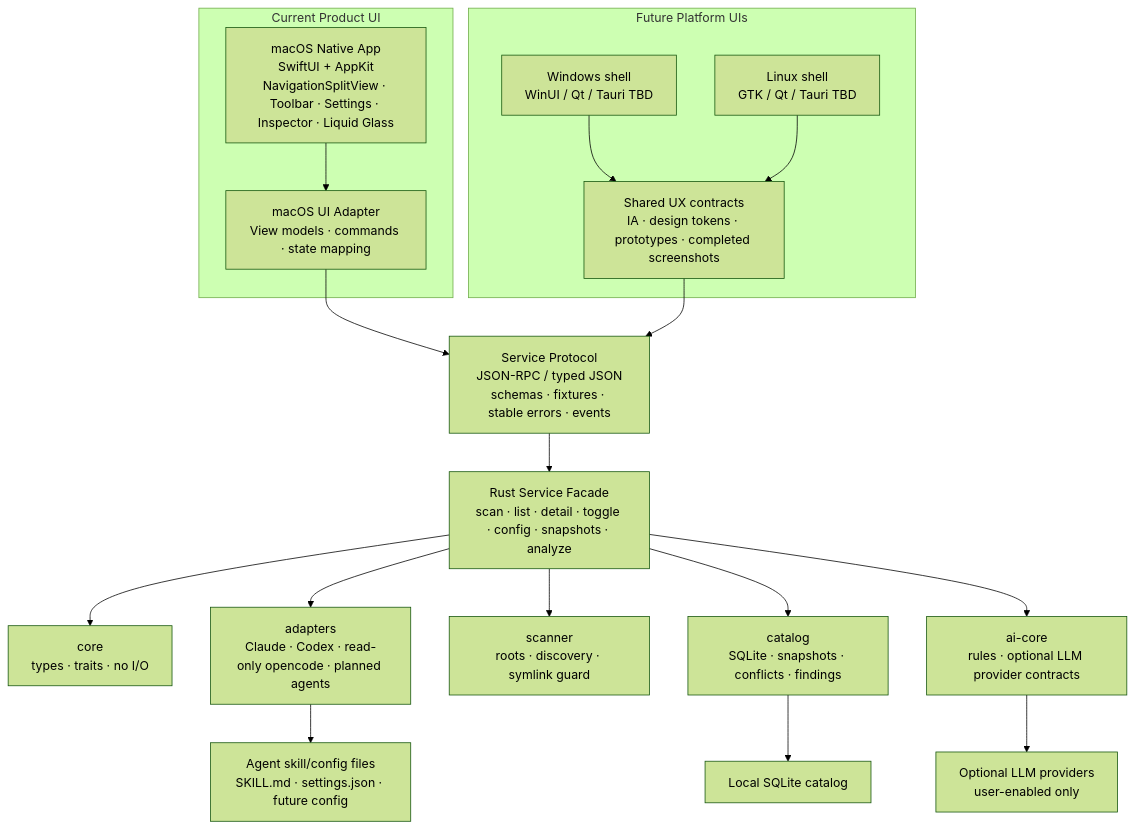
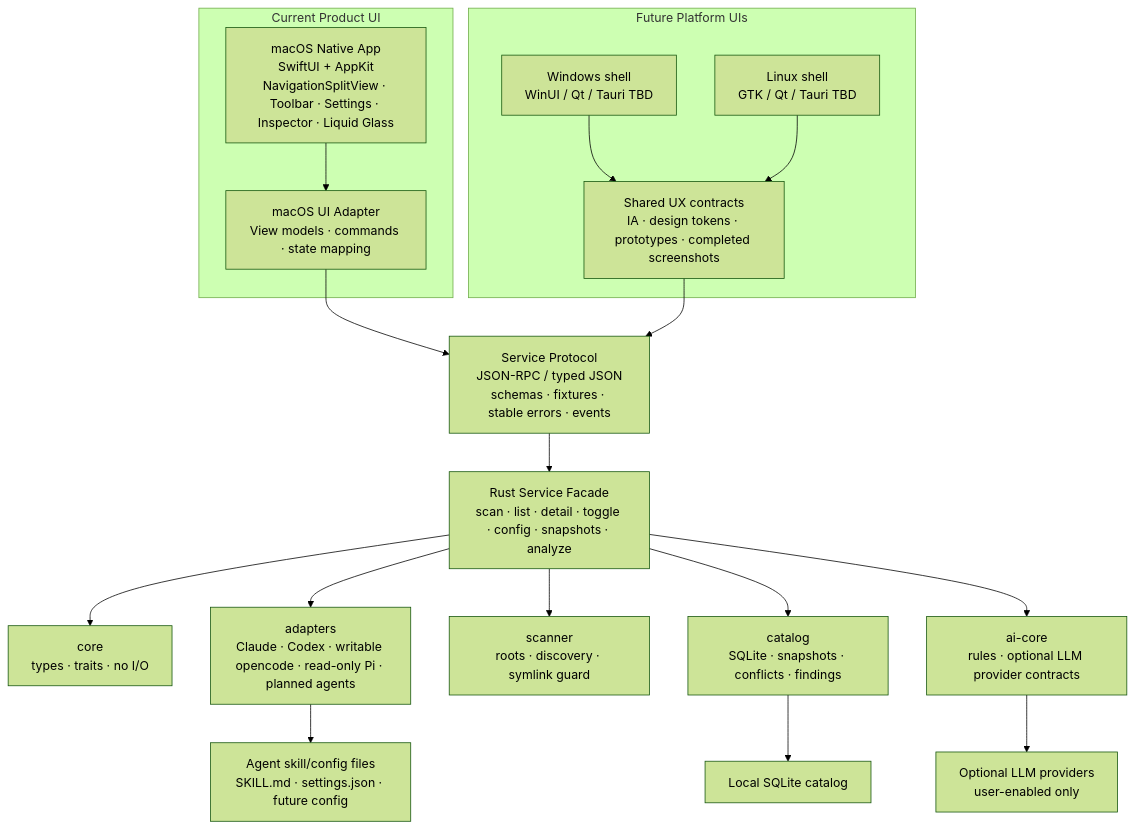
One commit to xjxtree/agent-copilot changed the diagram in docs/architecture.md. Above: the diagram before and after it, drawn with Mermaid (forest theme). The commit also changed other lines of this file and 15 other files, not shown here.

````diff
--- a/docs/architecture.md
+++ b/docs/architecture.md
@@ -41,31 +41,31 @@
 ```mermaid
 flowchart TD
   subgraph ProductUI["Current Product UI"]
     MacApp["macOS Native App<br/>SwiftUI + AppKit<br/>NavigationSplitView · Toolbar · Settings · Inspector · Liquid Glass"]
     MacVM["macOS UI Adapter<br/>View models · commands · state mapping"]
     MacApp --> MacVM
   end
 
   subgraph FutureUI["Future Platform UIs"]
     WinUI["Windows shell<br/>WinUI / Qt / Tauri TBD"]
     LinuxUI["Linux shell<br/>GTK / Qt / Tauri TBD"]
     SharedUX["Shared UX contracts<br/>IA · design tokens · prototypes · completed screenshots"]
     WinUI --> SharedUX
     LinuxUI --> SharedUX
   end
 
   MacVM --> Protocol["Service Protocol<br/>JSON-RPC / typed JSON<br/>schemas · fixtures · stable errors · events"]
   SharedUX --> Protocol
 
   Protocol --> Service["Rust Service Facade<br/>scan · list · detail · toggle · config · snapshots · analyze"]
 
   Service --> Core["core<br/>types · traits · no I/O"]
-  Service --> Adapters["adapters<br/>Claude · Codex · read-only opencode · planned agents"]
+  Service --> Adapters["adapters<br/>Claude · Codex · writable opencode · read-only Pi · planned agents"]
   Service --> Scanner["scanner<br/>roots · discovery · symlink guard"]
   Service --> Catalog["catalog<br/>SQLite · snapshots · conflicts · findings"]
   Service --> AiCore["ai-core<br/>rules · optional LLM provider contracts"]
 
   Catalog --> SQLite["Local SQLite catalog"]
   Adapters --> AgentFiles["Agent skill/config files<br/>SKILL.md · settings.json · future config"]
   AiCore --> Providers["Optional LLM providers<br/>user-enabled only"]
 ```
````
